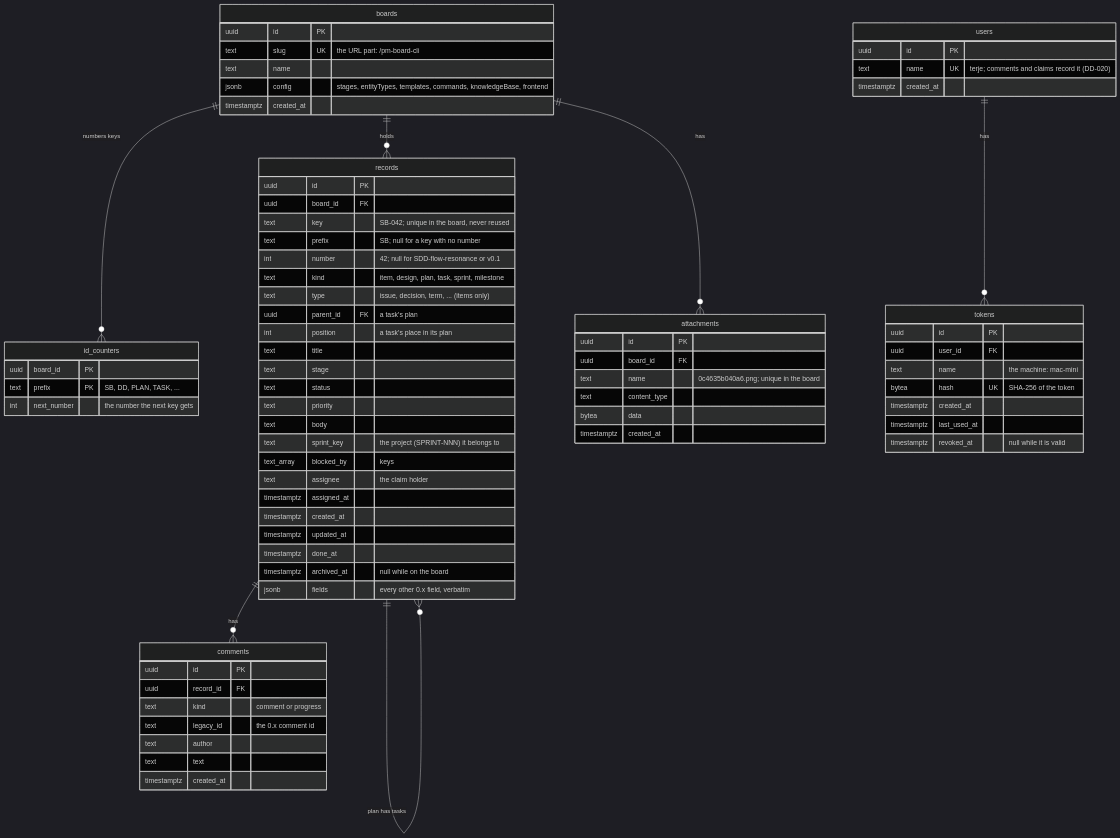
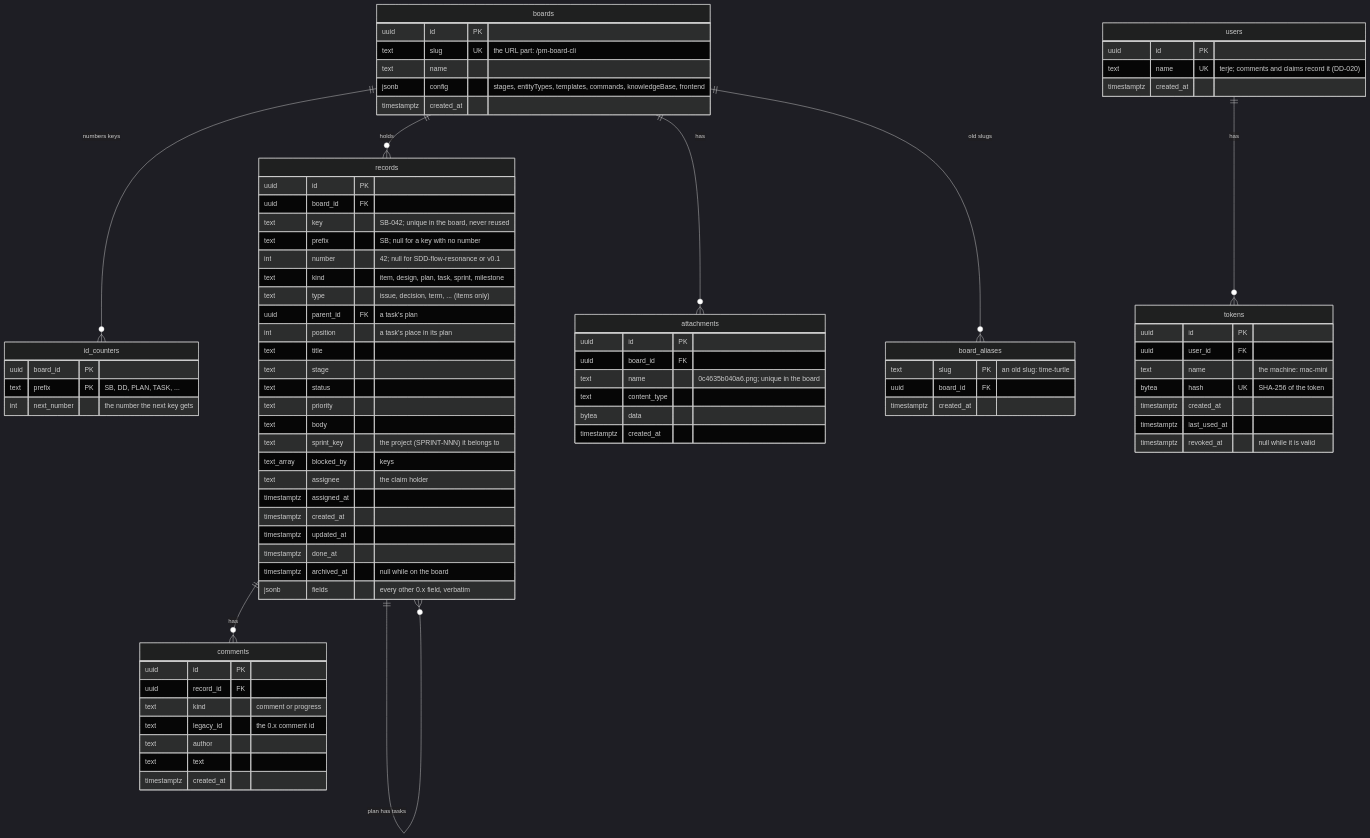
One commit to TerjeBallestad/pm-board changed the diagram in server/docs/data-model.md. Above: the diagram before and after it, drawn with Mermaid (dark theme). The commit also changed other lines of this file and 16 other files, not shown here.

First line of the commit message:
A board can be renamed, and its old slug stays an alias (DD-035)

```diff
--- a/server/docs/data-model.md
+++ b/server/docs/data-model.md
@@ -12,6 +12,7 @@
   boards ||--o{ id_counters : "numbers keys"
   boards ||--o{ records : holds
   boards ||--o{ attachments : has
+  boards ||--o{ board_aliases : "old slugs"
   records ||--o{ records : "plan has tasks"
   records ||--o{ comments : has
   users ||--o{ tokens : has
@@ -21,6 +22,11 @@
     text slug UK "the URL part: /pm-board-cli"
     text name
     jsonb config "stages, entityTypes, templates, commands, knowledgeBase, frontend"
+    timestamptz created_at
+  }
+  board_aliases {
+    text slug PK "an old slug: time-turtle"
+    uuid board_id FK
     timestamptz created_at
   }
   id_counters {
```
